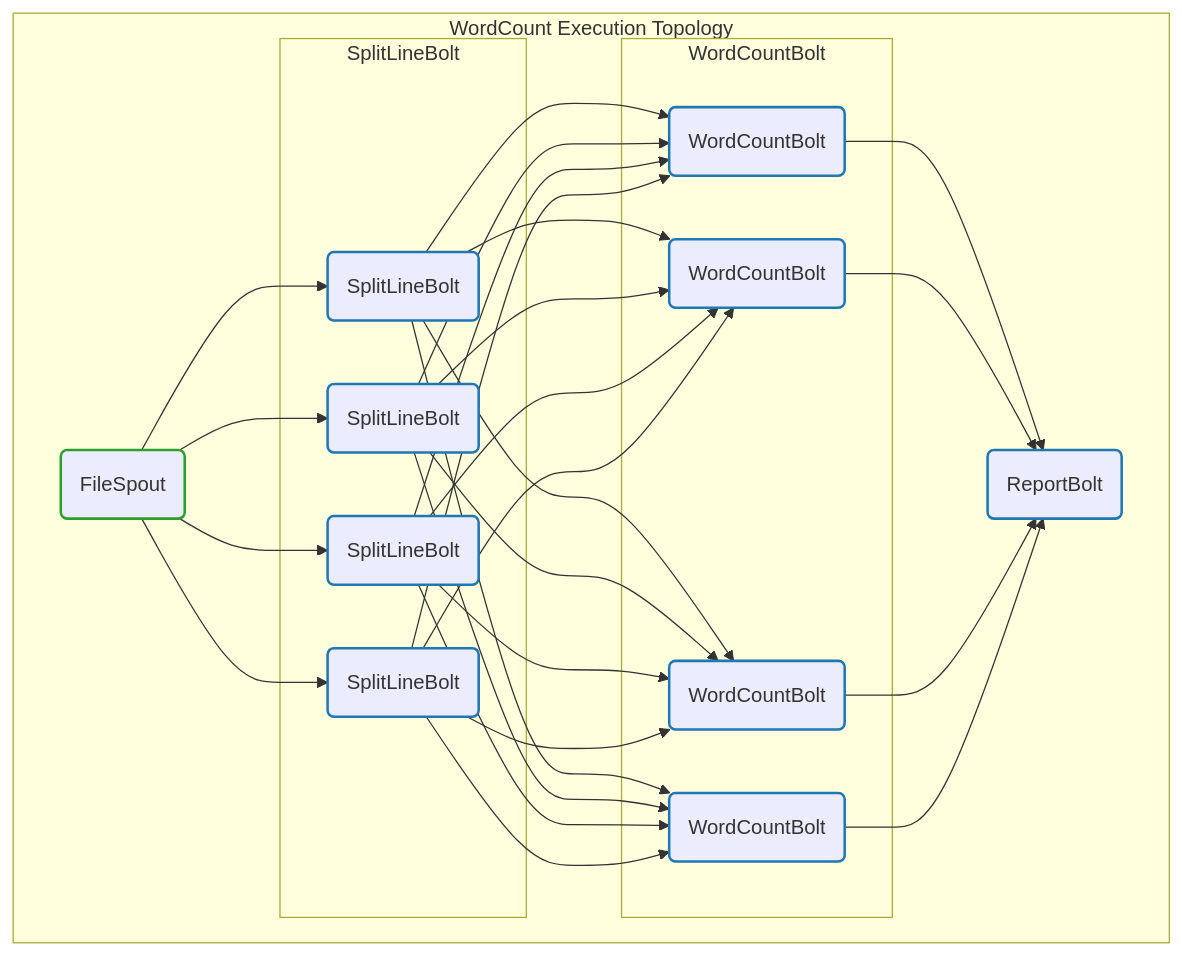
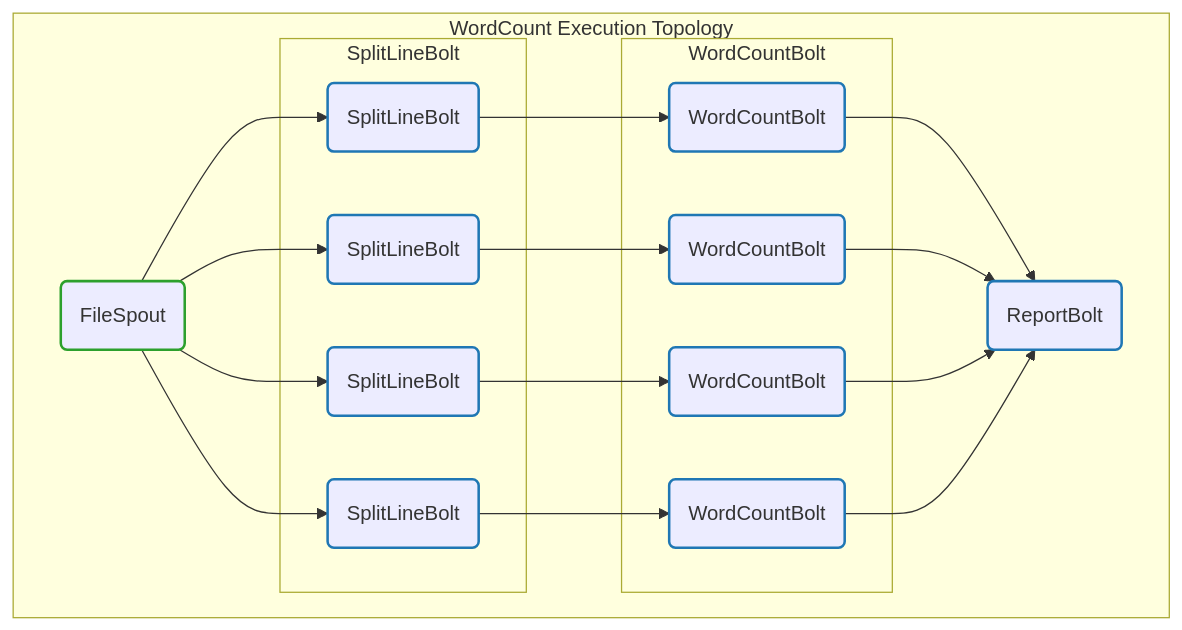
Before and after one commit to CA4022/CSC1109-Data-Speed-and-Scale: the diagram in docs/lab4/dag.mmd, drawn with Mermaid.

Commit message:
Cleaned up and corrected DAG diagram

```diff
--- a/docs/lab4/dag.mmd
+++ b/docs/lab4/dag.mmd
@@ -1,50 +1,38 @@
 graph TD
     subgraph "WordCount Execution Topology"
         FileSpout("FileSpout")
         subgraph "SplitLineBolt"
           SplitLineBolt1("SplitLineBolt")
           SplitLineBolt2("SplitLineBolt")
           SplitLineBolt3("SplitLineBolt")
           SplitLineBolt4("SplitLineBolt")
         end
         subgraph "WordCountBolt"
           WordCountBolt1("WordCountBolt")
           WordCountBolt2("WordCountBolt")
           WordCountBolt3("WordCountBolt")
           WordCountBolt4("WordCountBolt")
         end
         ReportBolt("ReportBolt")
     end
 
     %% --- Connections ---
     FileSpout --> SplitLineBolt1
     FileSpout --> SplitLineBolt2
     FileSpout --> SplitLineBolt3
     FileSpout --> SplitLineBolt4
     SplitLineBolt1 --> WordCountBolt1
-    SplitLineBolt1 --> WordCountBolt2
-    SplitLineBolt1 --> WordCountBolt3
-    SplitLineBolt1 --> WordCountBolt4
-    SplitLineBolt2 --> WordCountBolt1
     SplitLineBolt2 --> WordCountBolt2
-    SplitLineBolt2 --> WordCountBolt3
-    SplitLineBolt2 --> WordCountBolt4
-    SplitLineBolt3 --> WordCountBolt1
-    SplitLineBolt3 --> WordCountBolt2
     SplitLineBolt3 --> WordCountBolt3
-    SplitLineBolt3 --> WordCountBolt4
-    SplitLineBolt4 --> WordCountBolt1
-    SplitLineBolt4 --> WordCountBolt2
-    SplitLineBolt4 --> WordCountBolt3
     SplitLineBolt4 --> WordCountBolt4
     WordCountBolt1 --> ReportBolt
     WordCountBolt2 --> ReportBolt
     WordCountBolt3 --> ReportBolt
     WordCountBolt4 --> ReportBolt
 
     %% --- Style Definitions ---
     classDef spout stroke:#2ca02c,stroke-width:2px;
     classDef bolt stroke:#1f77b4,stroke-width:2px;
 
     class FileSpout spout;
     class SplitLineBolt1,SplitLineBolt2,SplitLineBolt3,SplitLineBolt4,WordCountBolt1,WordCountBolt2,WordCountBolt3,WordCountBolt4,ReportBolt bolt;
```
